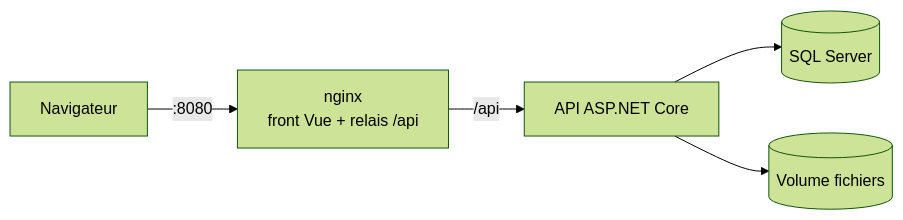
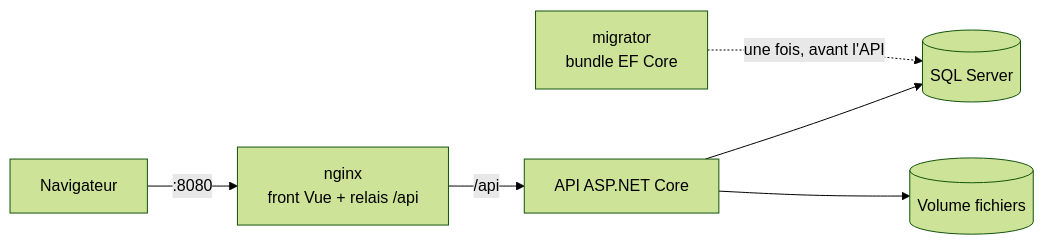
One commit to niko0543-png/SongVault_master changed the first of 2 diagrams in README.md. Above: the diagram before and after it, drawn with Mermaid (forest theme). The commit also changed other lines of this file and 80 other files, not shown here.

````diff
--- a/README.md
+++ b/README.md
@@ -43,7 +125,8 @@
 ```mermaid
 flowchart LR
     Browser[Navigateur] -->|":8080"| Nginx[nginx<br/>front Vue + relais /api]
     Nginx -->|"/api"| Api[API ASP.NET Core]
     Api --> Db[(SQL Server)]
     Api --> Files[(Volume fichiers)]
+    Migrator[migrator<br/>bundle EF Core] -.->|"une fois, avant l'API"| Db
 ```
````
